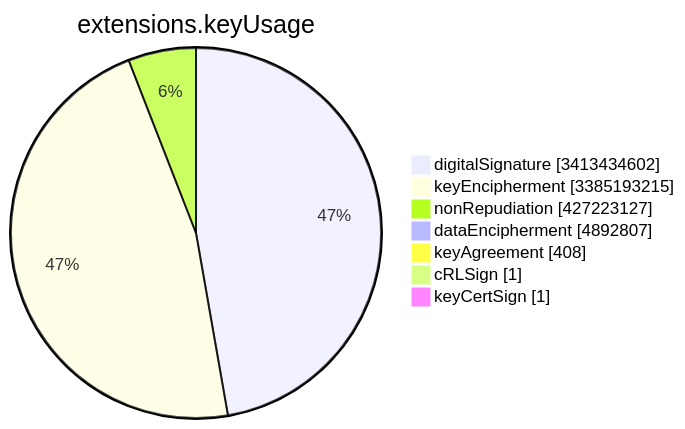
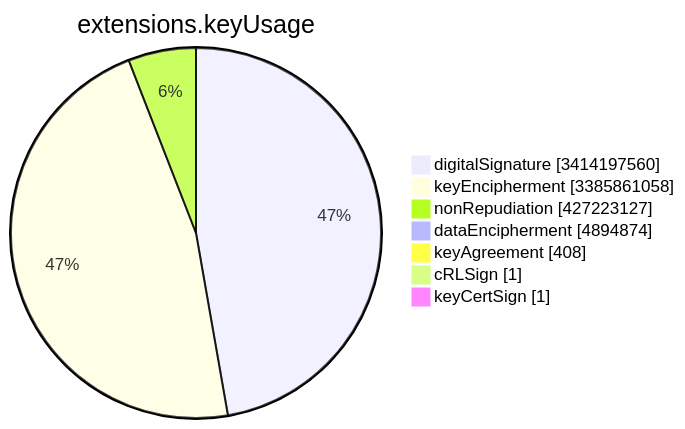
One commit to christiankrug/ctmonitor_visualization changed the sixth of 15 diagrams in TOTAL/README.md. Above: the diagram before and after it, drawn with Mermaid. The commit also changed other lines of this file, not shown here.

````diff
--- a/TOTAL/README.md
+++ b/TOTAL/README.md
@@ -3081,11 +3081,11 @@
 ```mermaid
 pie showData
 title extensions.keyUsage
-"digitalSignature" :3413434602
-"keyEncipherment" :3385193215
+"digitalSignature" :3414197560
+"keyEncipherment" :3385861058
 "nonRepudiation" :427223127
-"dataEncipherment" :4892807
+"dataEncipherment" :4894874
 "keyAgreement" :408
 "cRLSign" :1
 "keyCertSign" :1
 ```
````
